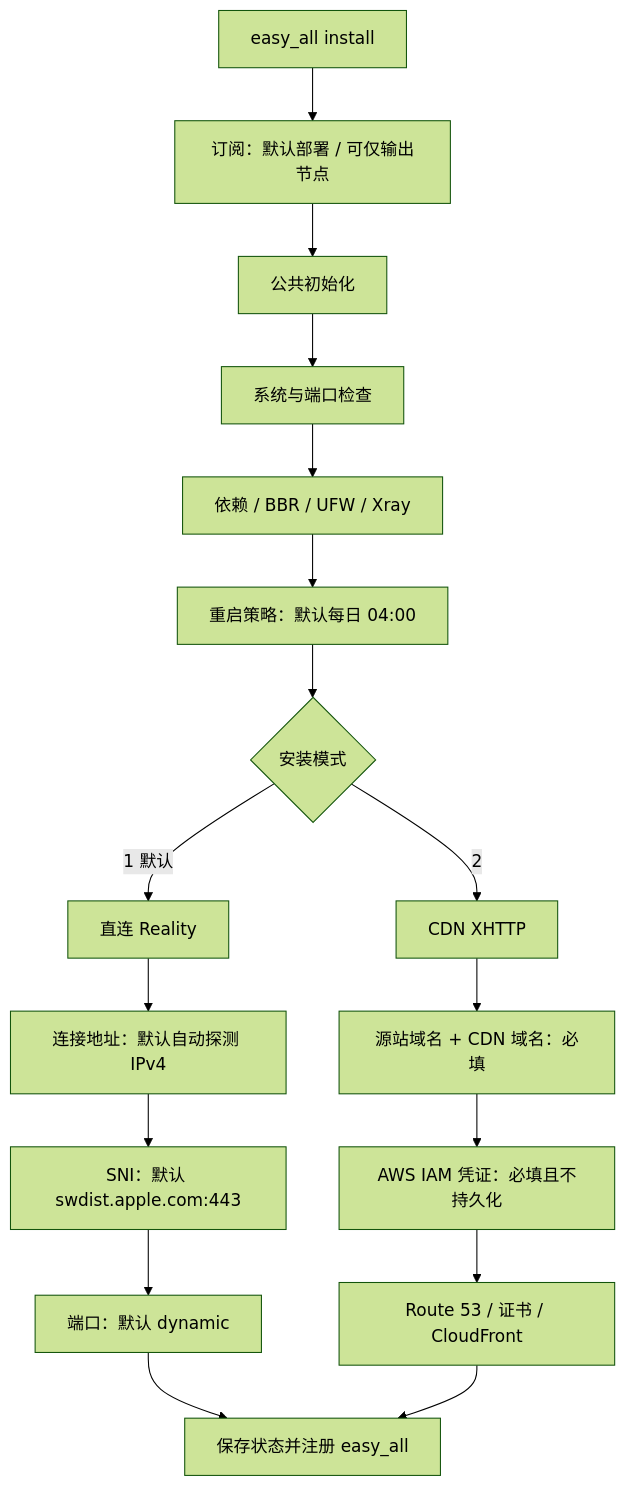
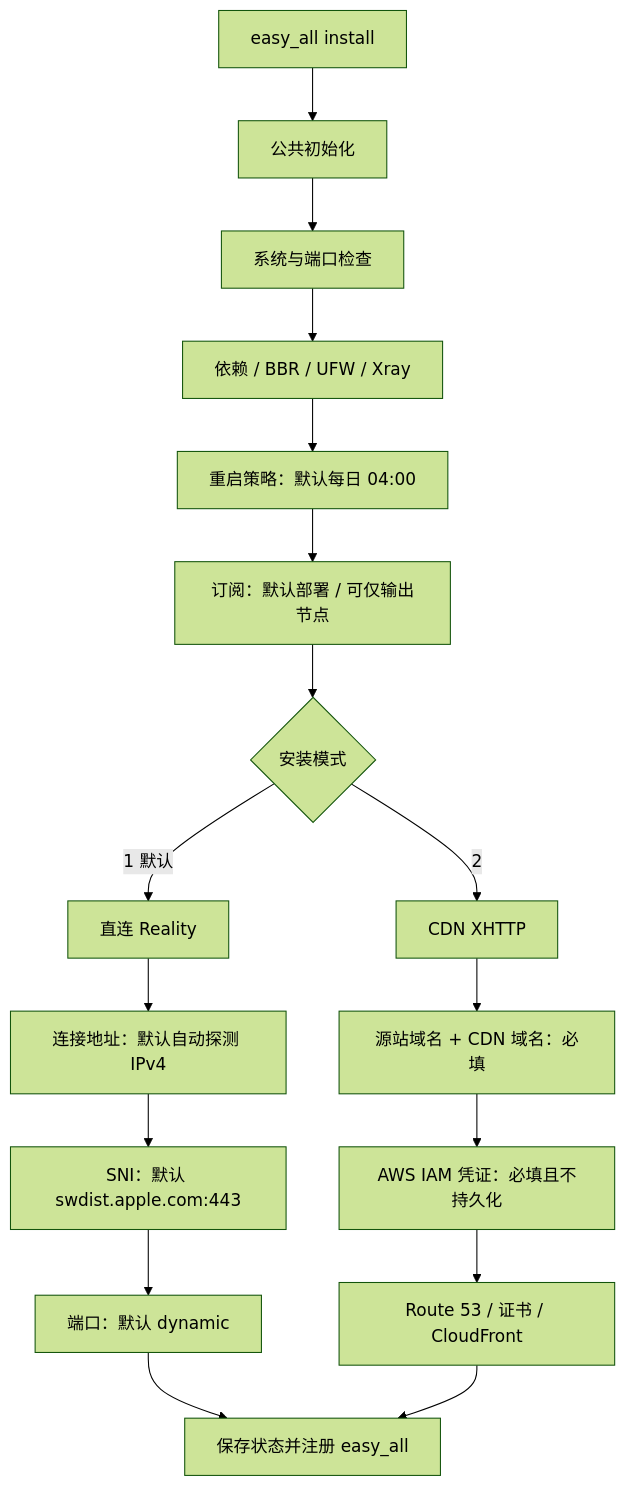
One commit to v2yiz/easy_all changed the diagram in README.md. Above: the diagram before and after it, drawn with Mermaid (forest theme). The commit also changed 3 other files, not shown here.

````diff
--- a/README.md
+++ b/README.md
@@ -51,21 +51,21 @@
 ```mermaid
 flowchart TD
-    A[easy_all install] --> S[订阅：默认部署 / 可仅输出节点]
-    S --> B[公共初始化]
+    A[easy_all install] --> B[公共初始化]
     B --> B1[系统与端口检查]
     B1 --> B2[依赖 / BBR / UFW / Xray]
     B2 --> B3[重启策略：默认每日 04:00]
-    B3 --> C{安装模式}
+    B3 --> S[订阅：默认部署 / 可仅输出节点]
+    S --> C{安装模式}
 
     C -->|1 默认| R[直连 Reality]
     R --> R1[连接地址：默认自动探测 IPv4]
     R1 --> R2[SNI：默认 swdist.apple.com:443]
     R2 --> R3[端口：默认 dynamic]
     R3 --> Z[保存状态并注册 easy_all]
 
     C -->|2| X[CDN XHTTP]
     X --> X1[源站域名 + CDN 域名：必填]
     X1 --> X2[AWS IAM 凭证：必填且不持久化]
     X2 --> X3[Route 53 / 证书 / CloudFront]
     X3 --> Z
 ```
````
